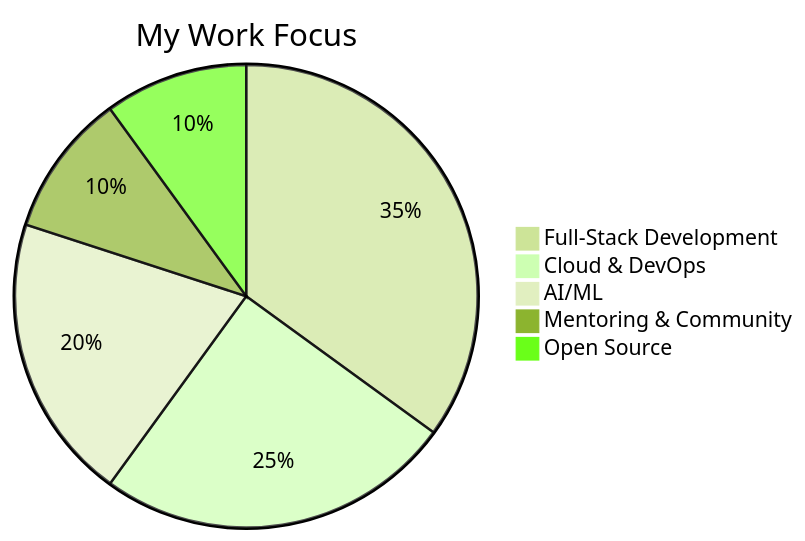
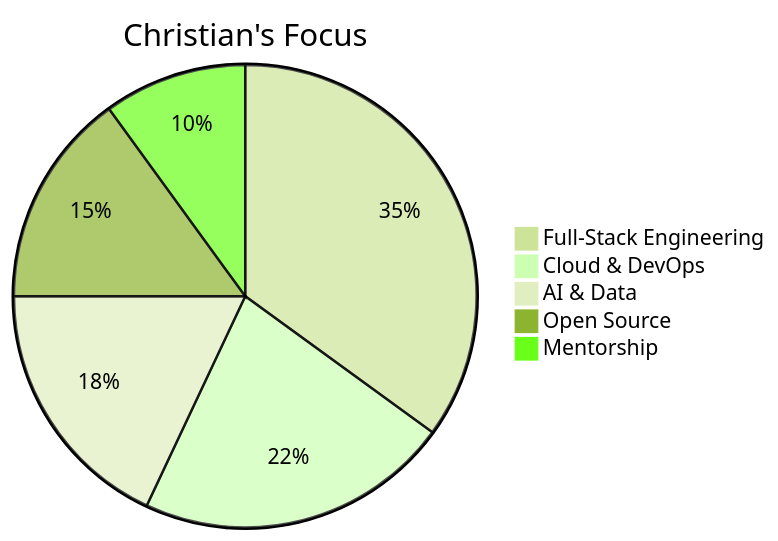
One commit to ChristianAgyapong/ChristianAgyapong changed the second of 4 diagrams in README.md. Above: the diagram before and after it, drawn with Mermaid (forest theme). The commit also changed other lines of this file, not shown here.

````diff
--- a/README.md
+++ b/README.md
@@ -61,8 +61,8 @@
 ```mermaid
-pie title My Work Focus
-    "Full-Stack Development" : 35
-    "Cloud & DevOps" : 25
-    "AI/ML" : 20
-    "Mentoring & Community" : 10
-    "Open Source" : 10
+pie title Christian's Focus
+  "Full-Stack Engineering" : 35
+  "Cloud & DevOps" : 22
+  "AI & Data" : 18
+  "Open Source" : 15
+  "Mentorship" : 10
 ```
````
